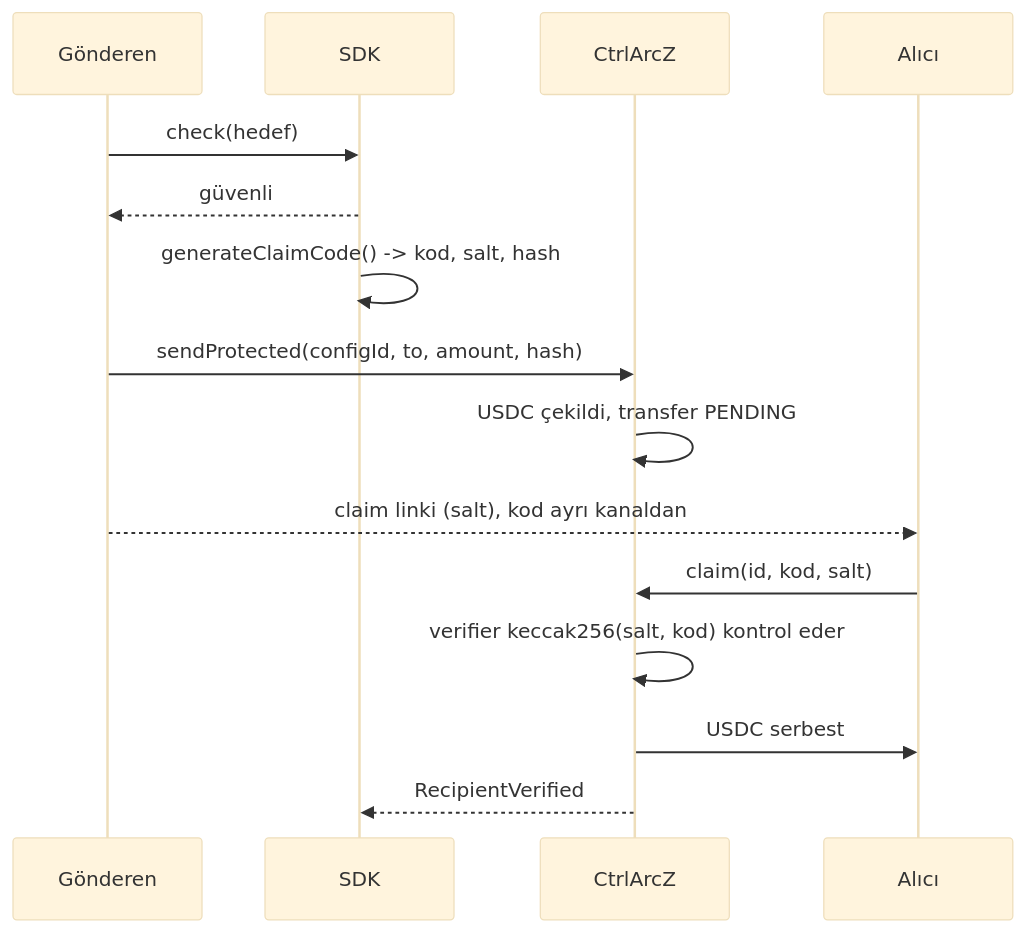
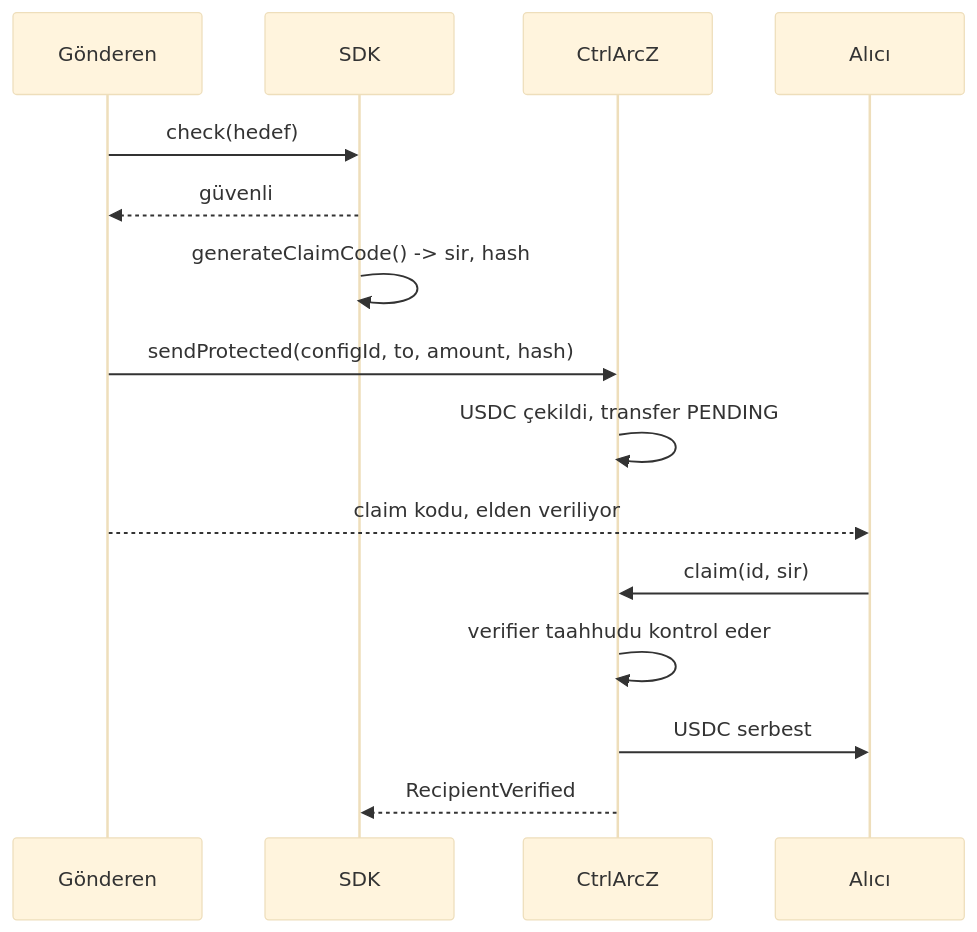
One commit to Farukest/Ctrl-ArcZ changed the third of 4 diagrams in README.tr.md. Above: the diagram before and after it, drawn with Mermaid (base theme). The commit also changed other lines of this file and 4 other files, not shown here.

First line of the commit message:
docs: describe the single 80-bit claim code everywhere

````diff
--- a/README.tr.md
+++ b/README.tr.md
@@ -169,18 +173,18 @@
 ```mermaid
 sequenceDiagram
     participant S as Gönderen
     participant SDK as SDK
     participant C as CtrlArcZ
     participant R as Alıcı
 
     S->>SDK: check(hedef)
     SDK-->>S: güvenli
-    SDK->>SDK: generateClaimCode() -> kod, salt, hash
+    SDK->>SDK: generateClaimCode() -> sir, hash
     S->>C: sendProtected(configId, to, amount, hash)
     C->>C: USDC çekildi, transfer PENDING
-    S-->>R: claim linki (salt), kod ayrı kanaldan
-    R->>C: claim(id, kod, salt)
-    C->>C: verifier keccak256(salt, kod) kontrol eder
+    S-->>R: claim kodu, elden veriliyor
+    R->>C: claim(id, sir)
+    C->>C: verifier taahhudu kontrol eder
     C->>R: USDC serbest
     C-->>SDK: RecipientVerified
 ```
````
